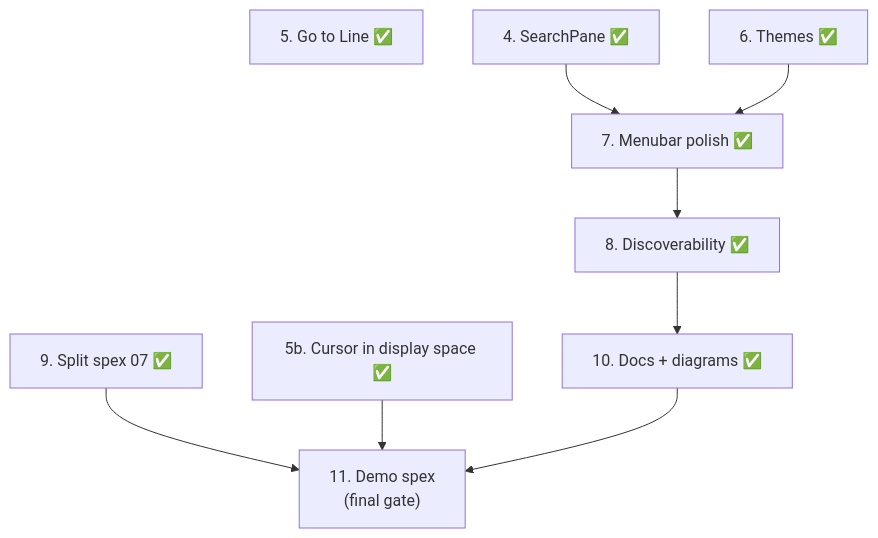
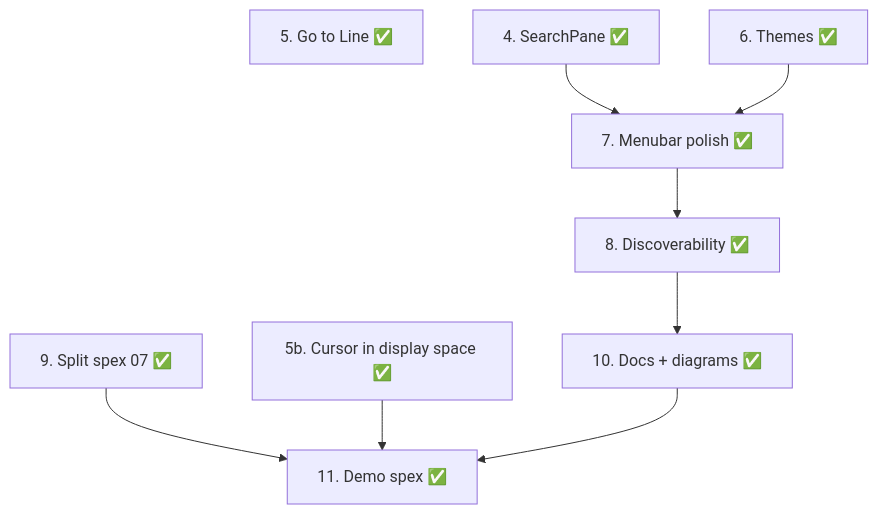
One commit to JediLuke/quillex changed the first of 2 diagrams in docs/ROADMAP_1.0.md. Above: the diagram before and after it, drawn with Mermaid. The commit also changed other lines of this file and 7 other files, not shown here.

````diff
--- a/docs/ROADMAP_1.0.md
+++ b/docs/ROADMAP_1.0.md
@@ -684,11 +710,11 @@
 ```mermaid
 flowchart TB
     S5["5. Go to Line ✅"]
     S9["9. Split spex 07 ✅"] --> S11
     S4["4. SearchPane ✅"] --> S7["7. Menubar polish"]
     S5b["5b. Cursor in display space ✅"] --> S11
     S6["6. Themes ✅"] --> S7
     S7["7. Menubar polish ✅"] --> S8["8. Discoverability sweep"]
     S8["8. Discoverability ✅"] --> S10["10. Docs + diagrams"]
-    S10["10. Docs + diagrams ✅"] --> S11["11. Demo spex<br/>(final gate)"]
+    S10["10. Docs + diagrams ✅"] --> S11["11. Demo spex ✅"]
 ```
````
